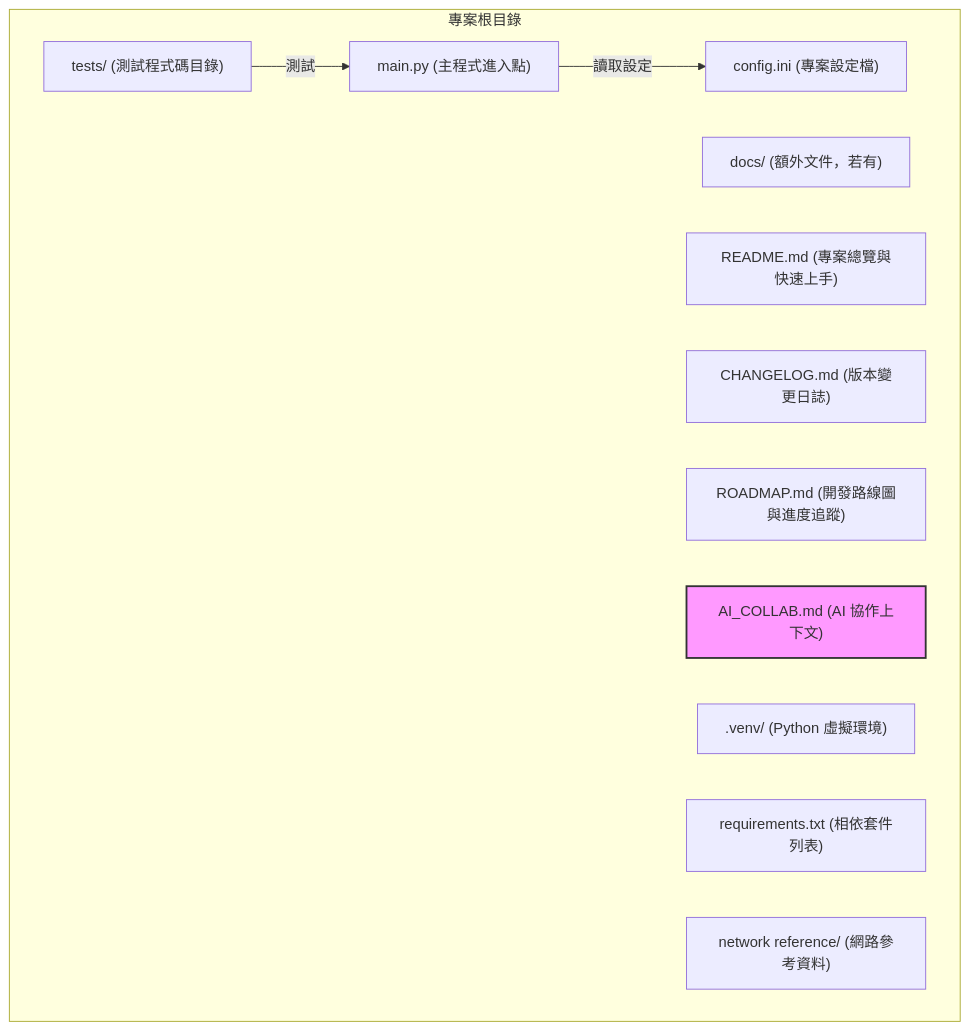
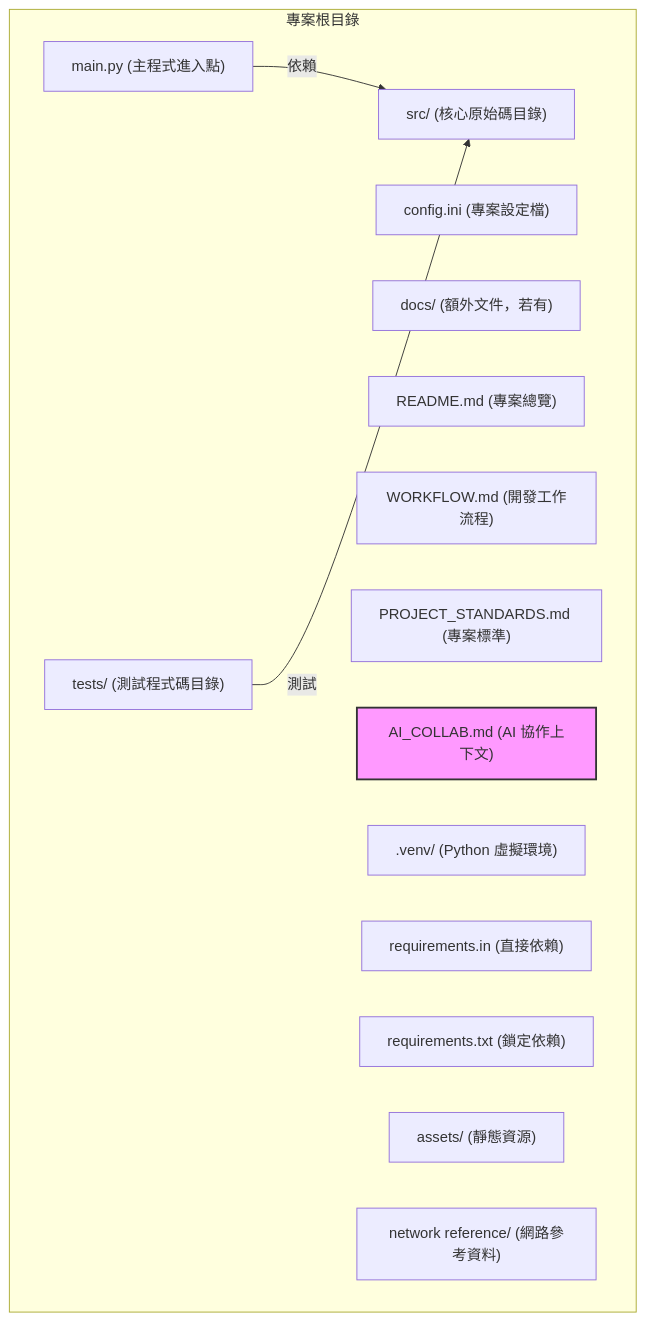
One commit to ChingHaoHuang/Network_Switcher changed the diagram in PROJECT_STANDARDS.md. Above: the diagram before and after it, drawn with Mermaid. The commit also changed other lines of this file and 6 other files, not shown here.

````diff
--- a/PROJECT_STANDARDS.md
+++ b/PROJECT_STANDARDS.md
@@ -18,19 +18,22 @@
 ```mermaid
 graph TD
     subgraph "專案根目錄"
         A["main.py (主程式進入點)"]
         B["config.ini (專案設定檔)"]
-        C["tests/ (測試程式碼目錄)"]
-        D["docs/ (額外文件，若有)"]
-        E["README.md (專案總覽與快速上手)"]
-        F["CHANGELOG.md (版本變更日誌)"]
-        G["ROADMAP.md (開發路線圖與進度追蹤)"]
-        H["AI_COLLAB.md (AI 協作上下文)"]
-        I[".venv/ (Python 虛擬環境)"]
-        J["requirements.txt (相依套件列表)"]
-        K["network reference/ (網路參考資料)"]
+        C["src/ (核心原始碼目錄)"]
+        D["tests/ (測試程式碼目錄)"]
+        E["docs/ (額外文件，若有)"]
+        F["README.md (專案總覽)"]
+        G["WORKFLOW.md (開發工作流程)"]
+        H["PROJECT_STANDARDS.md (專案標準)"]
+        I["AI_COLLAB.md (AI 協作上下文)"]
+        J[".venv/ (Python 虛擬環境)"]
+        K["requirements.in (直接依賴)"]
+        L["requirements.txt (鎖定依賴)"]
+        M["assets/ (靜態資源)"]
+        N["network reference/ (網路參考資料)"]
     end
-    A -- "讀取設定" --> B
-    C -- "測試" --> A
-    style H fill:#f9f,stroke:#333,stroke-width:2px
+    A -- "依賴" --> C
+    D -- "測試" --> C
+    style I fill:#f9f,stroke:#333,stroke-width:2px
 ```
````
